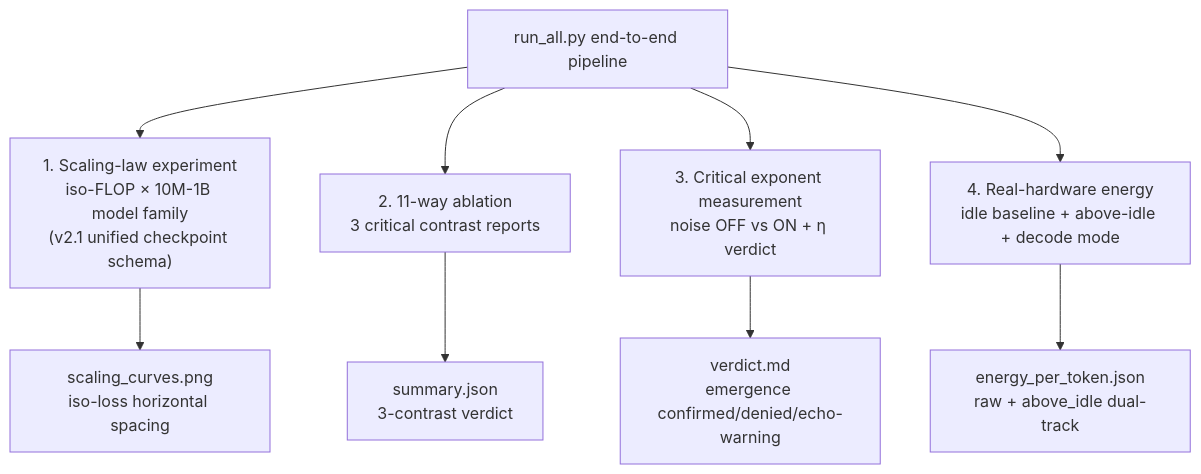
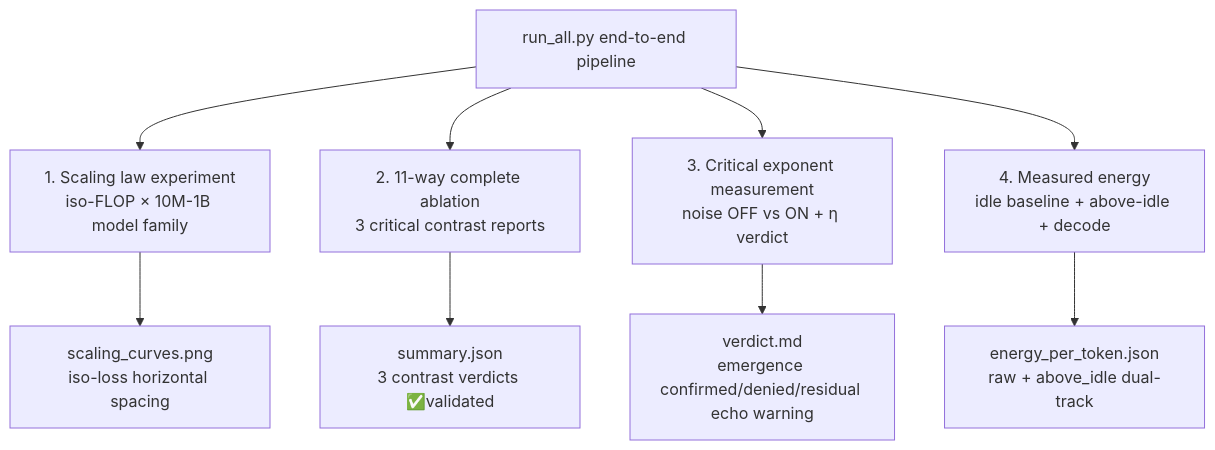
Before and after one commit to gwailee/uid: the diagram in README_en.md, drawn with Mermaid. The commit also changed other lines of this file, not shown here.

````diff
--- a/README_en.md
+++ b/README_en.md
@@ -456,12 +713,12 @@
 ```mermaid
 flowchart TD
-    A["run_all.py end-to-end pipeline"] --> B["1. Scaling-law experiment<br/>iso-FLOP × 10M-1B model family<br/>(v2.1 unified checkpoint schema)"]
-    A --> C["2. 11-way ablation<br/>3 critical contrast reports"]
+    A["run_all.py end-to-end pipeline"] --> B["1. Scaling law experiment<br/>iso-FLOP × 10M-1B model family"]
+    A --> C["2. 11-way complete ablation<br/>3 critical contrast reports"]
     A --> D["3. Critical exponent measurement<br/>noise OFF vs ON + η verdict"]
-    A --> E["4. Real-hardware energy<br/>idle baseline + above-idle + decode mode"]
+    A --> E["4. Measured energy<br/>idle baseline + above-idle + decode"]
 
     B --> F["scaling_curves.png<br/>iso-loss horizontal spacing"]
-    C --> G["summary.json<br/>3-contrast verdict"]
-    D --> H["verdict.md<br/>emergence confirmed/denied/echo-warning"]
+    C --> G["summary.json<br/>3 contrast verdicts ✅validated"]
+    D --> H["verdict.md<br/>emergence confirmed/denied/residual echo warning"]
     E --> I["energy_per_token.json<br/>raw + above_idle dual-track"]
 ```
````
